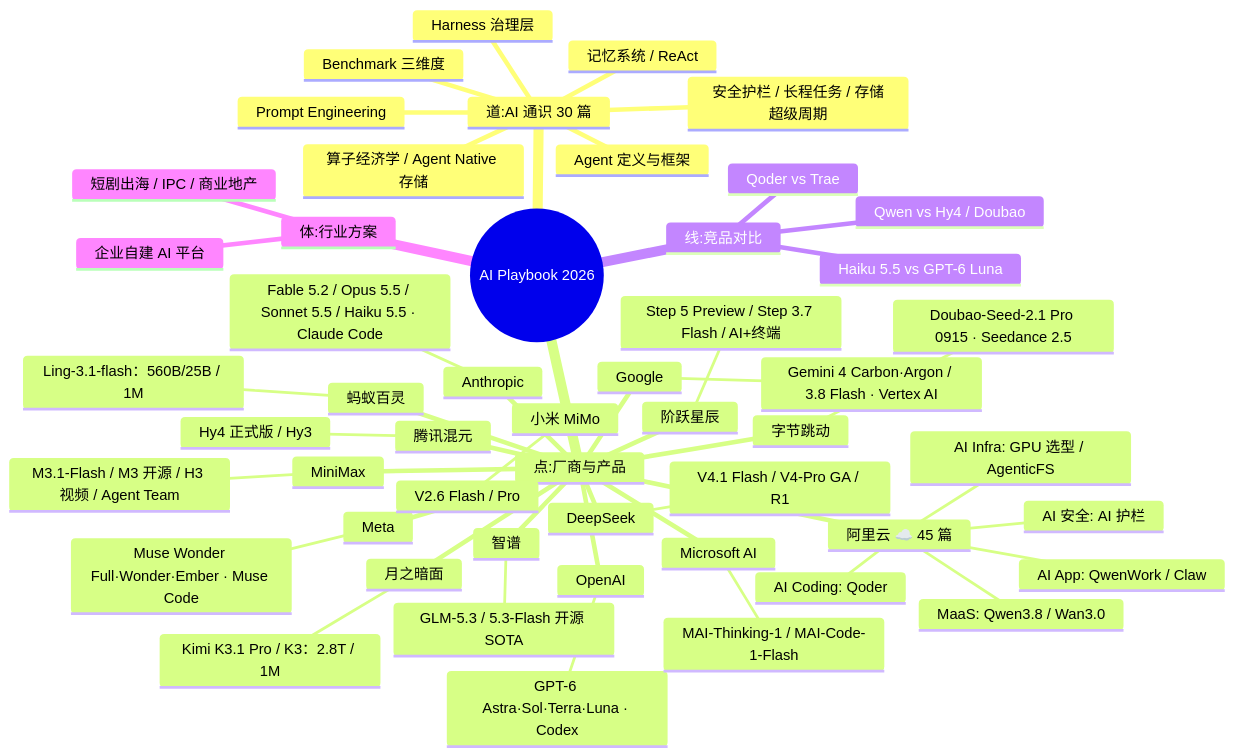
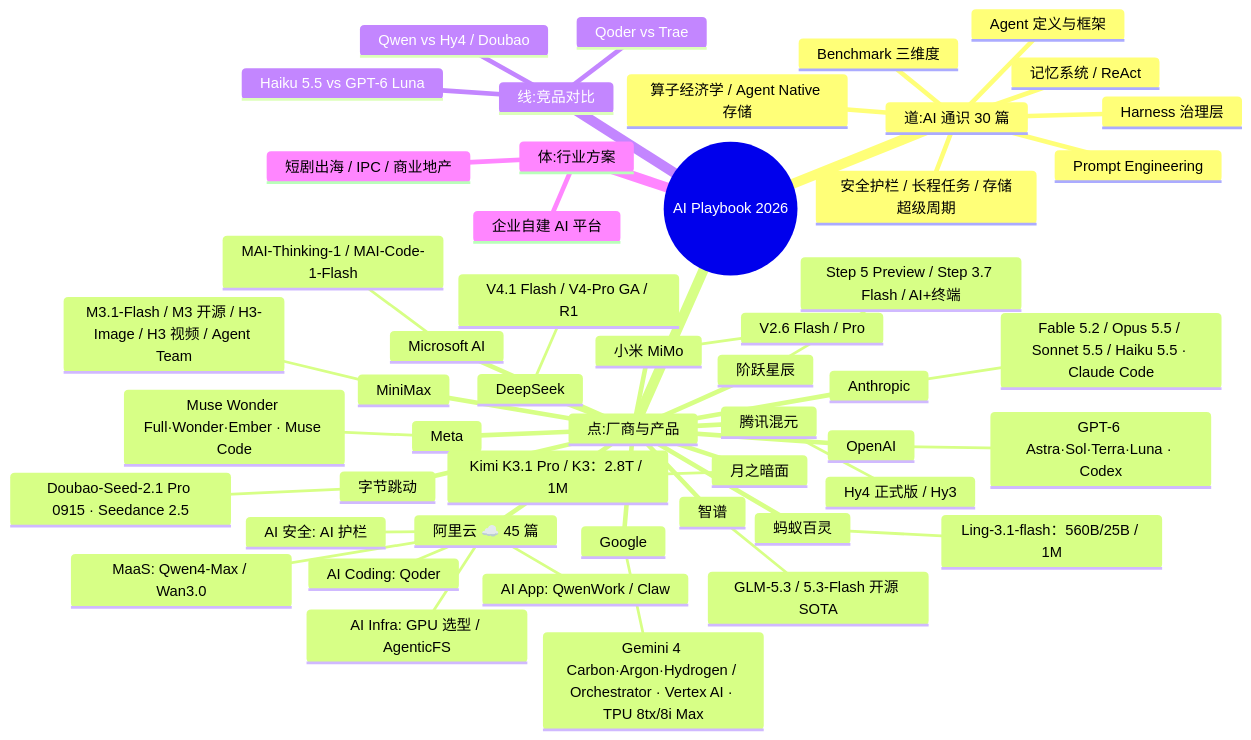
Before and after one commit to EthanNiWorld/ai-playbook-2026: the first of 2 diagrams in README.md, drawn with Mermaid. The commit also changed other lines of this file and 1 other file, not shown here.

Commit message:
门面同步：Qwen4-Max 主推切换 + Gemini Hydrogen/TPU/H3-Image 收录，结构化文档 107→109

````diff
--- a/README.md
+++ b/README.md
@@ -154,54 +154,54 @@
 ```mermaid
 mindmap
   root((AI Playbook 2026))
     道:AI 通识 30 篇
       Agent 定义与框架
       Harness 治理层
       Prompt Engineering
       Benchmark 三维度
       记忆系统 / ReAct
       安全护栏 / 长程任务 / 存储超级周期
       算子经济学 / Agent Native 存储
     点:厂商与产品
       阿里云 ☁️ 45 篇
-        MaaS: Qwen3.8 / Wan3.0
+        MaaS: Qwen4-Max / Wan3.0
         AI Coding: Qoder
         AI App: QwenWork / Claw
         AI Infra: GPU 选型 / AgenticFS
         AI 安全: AI 护栏
       Anthropic
         Fable 5.2 / Opus 5.5 / Sonnet 5.5 / Haiku 5.5 · Claude Code
       OpenAI
         GPT-6 Astra·Sol·Terra·Luna · Codex
       Google
-        Gemini 4 Carbon·Argon / 3.8 Flash · Vertex AI
+        Gemini 4 Carbon·Argon·Hydrogen / Orchestrator · Vertex AI · TPU 8tx/8i Max
       Microsoft AI
         MAI-Thinking-1 / MAI-Code-1-Flash
       Meta
         Muse Wonder Full·Wonder·Ember · Muse Code
       DeepSeek
         V4.1 Flash / V4-Pro GA / R1
       智谱
         GLM-5.3 / 5.3-Flash 开源 SOTA
       月之暗面
         Kimi K3.1 Pro / K3：2.8T / 1M
       MiniMax
-        M3.1-Flash / M3 开源 / H3 视频 / Agent Team
+        M3.1-Flash / M3 开源 / H3-Image / H3 视频 / Agent Team
       字节跳动
         Doubao-Seed-2.1 Pro 0915 · Seedance 2.5
       腾讯混元
         Hy4 正式版 / Hy3
       小米 MiMo
         V2.6 Flash / Pro
       阶跃星辰
         Step 5 Preview / Step 3.7 Flash / AI+终端
       蚂蚁百灵
         Ling-3.1-flash：560B/25B / 1M
     线:竞品对比
       Qoder vs Trae
       Qwen vs Hy4 / Doubao
       Haiku 5.5 vs GPT-6 Luna
     体:行业方案
       企业自建 AI 平台
       短剧出海 / IPC / 商业地产
 ```
````
